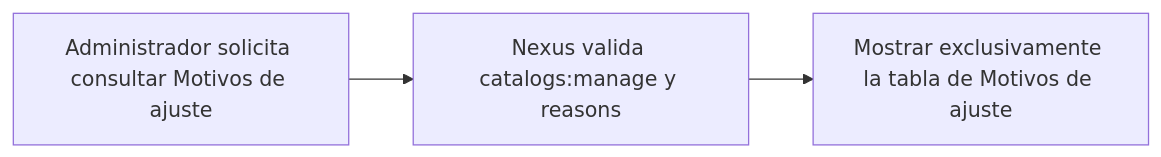
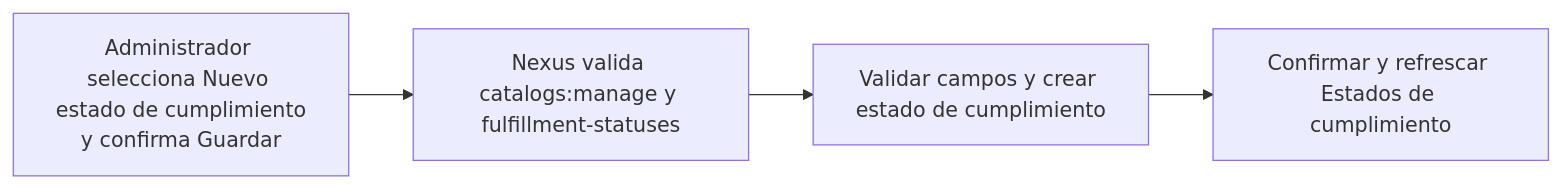
One commit to gpgsistemas01/nexus changed the diagram in docs/requirements/diagrams/catalogs/cu-cat-43.md. Above: the diagram before and after it, drawn with Mermaid. The commit also changed other lines of this file and 126 other files, not shown here.

````diff
--- a/docs/requirements/diagrams/catalogs/cu-cat-43.md
+++ b/docs/requirements/diagrams/catalogs/cu-cat-43.md
@@ -3,5 +3,6 @@
 ```mermaid
 flowchart LR
-    request["Administrador solicita consultar Motivos de ajuste"] --> authorize["Nexus valida catalogs:manage y reasons"]
-    authorize --> result["Mostrar exclusivamente la tabla de Motivos de ajuste"]
+    request["Administrador selecciona Nuevo estado de cumplimiento<br/>y confirma Guardar"] --> authorize["Nexus valida catalogs:manage y fulfillment-statuses"]
+    authorize --> persist["Validar campos y crear estado de cumplimiento"]
+    persist --> result["Confirmar y refrescar Estados de cumplimiento"]
 ```
````
